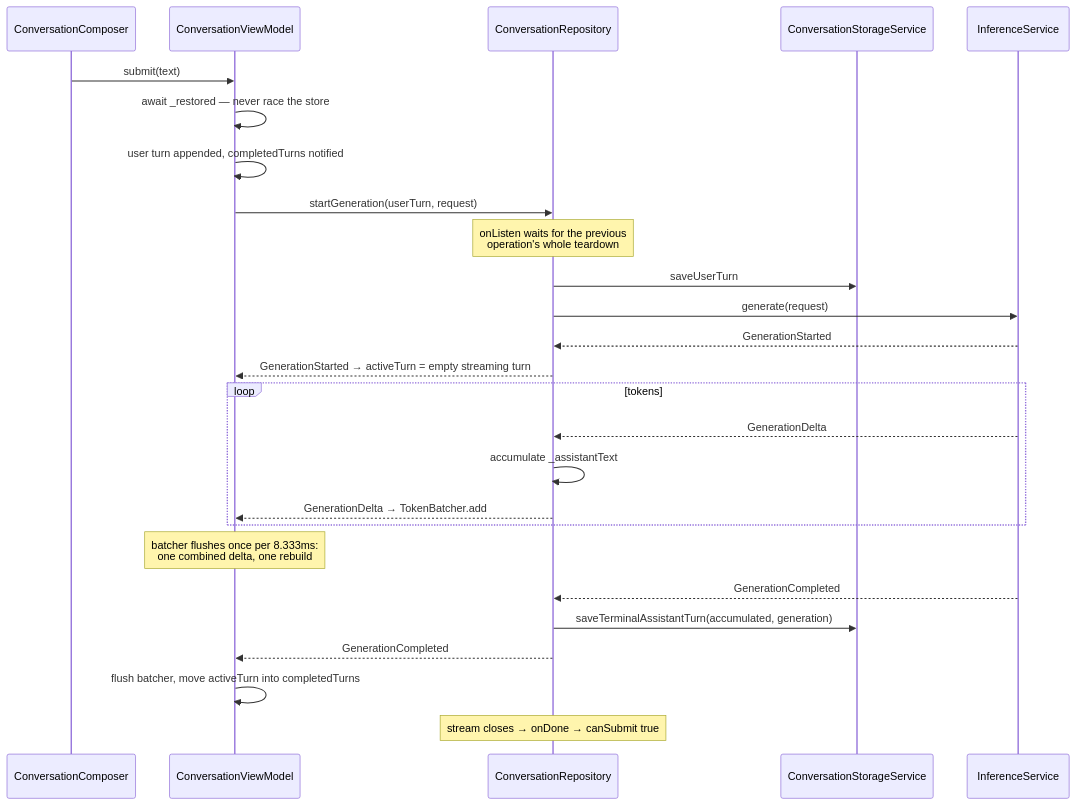
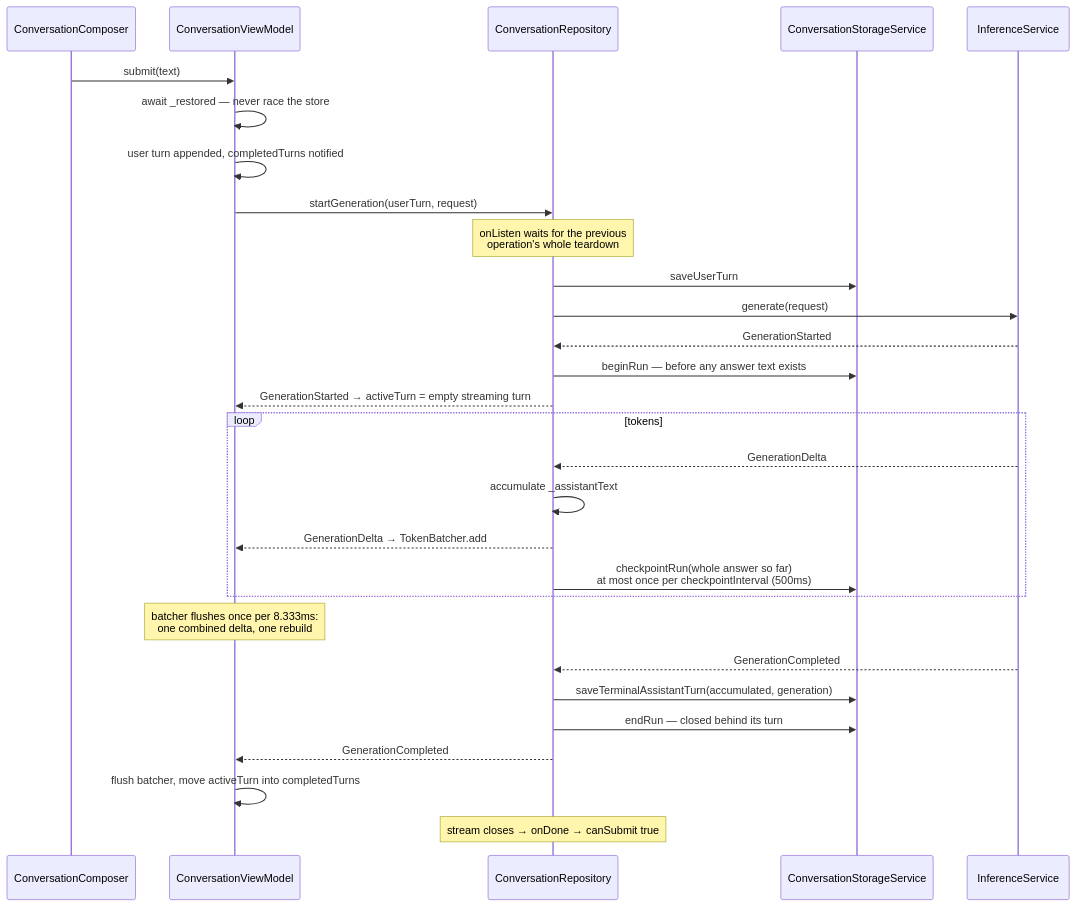
Before and after one commit to chyiiiiiiiiiiii/lulo: the first of 2 diagrams in docs/features/conversation.md, drawn with Mermaid. The commit also changed other lines of this file and 10 other files, not shown here.

````diff
--- a/docs/features/conversation.md
+++ b/docs/features/conversation.md
@@ -66,29 +75,32 @@
 ```mermaid
 sequenceDiagram
     participant View as ConversationComposer
     participant VM as ConversationViewModel
     participant Repo as ConversationRepository
     participant Store as ConversationStorageService
     participant Inf as InferenceService
 
     View->>VM: submit(text)
     VM->>VM: await _restored — never race the store
     VM->>VM: user turn appended, completedTurns notified
     VM->>Repo: startGeneration(userTurn, request)
     Note over Repo: onListen waits for the previous<br/>operation's whole teardown
     Repo->>Store: saveUserTurn
     Repo->>Inf: generate(request)
     Inf-->>Repo: GenerationStarted
+    Repo->>Store: beginRun — before any answer text exists
     Repo-->>VM: GenerationStarted → activeTurn = empty streaming turn
     loop tokens
         Inf-->>Repo: GenerationDelta
         Repo->>Repo: accumulate _assistantText
         Repo-->>VM: GenerationDelta → TokenBatcher.add
+        Repo->>Store: checkpointRun(whole answer so far)<br/>at most once per checkpointInterval (500ms)
     end
     Note over VM: batcher flushes once per 8.333ms:<br/>one combined delta, one rebuild
     Inf-->>Repo: GenerationCompleted
     Repo->>Store: saveTerminalAssistantTurn(accumulated, generation)
+    Repo->>Store: endRun — closed behind its turn
     Repo-->>VM: GenerationCompleted
     VM->>VM: flush batcher, move activeTurn into completedTurns
     Note over Repo: stream closes → onDone → canSubmit true
 ```
````
